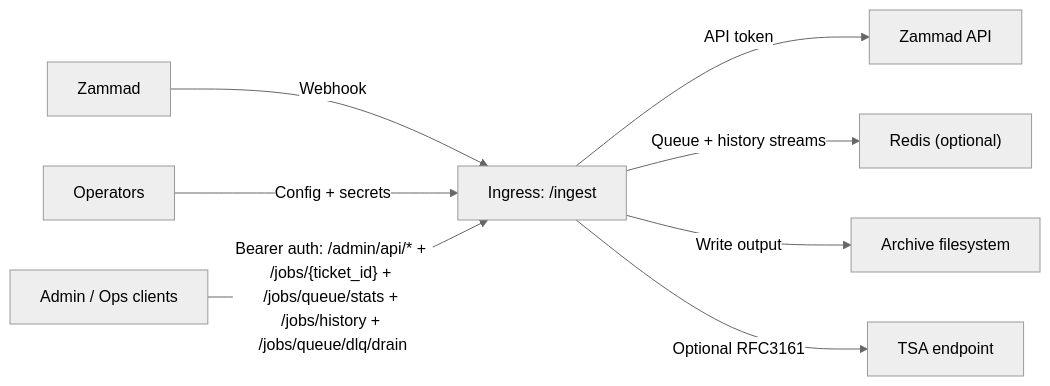
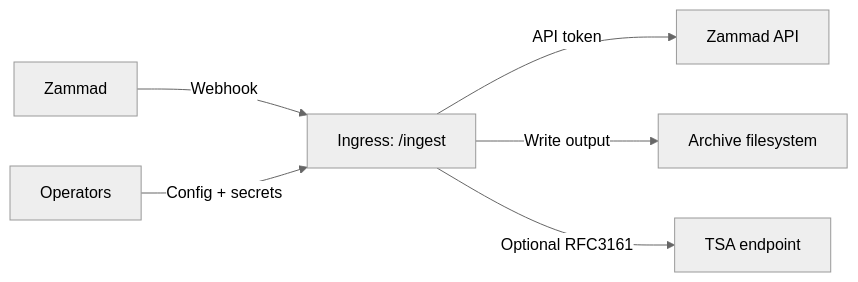
Before and after one commit to sebastianspicker/chronikwerk: the diagram in docs/09-security.md, drawn with Mermaid (neutral theme). The commit also changed other lines of this file and 256 other files, not shown here.

````diff
--- a/docs/09-security.md
+++ b/docs/09-security.md
@@ -7,10 +7,8 @@
 ```mermaid
 flowchart LR
   Z["Zammad"] -->|"Webhook"| I["Ingress: /ingest"]
   OP["Operators"] -->|"Config + secrets"| I
-  A["Admin / Ops clients"] -->|"Bearer auth: /admin/api/* + /jobs/{ticket_id} + /jobs/queue/stats + /jobs/history + /jobs/queue/dlq/drain"| I
   I -->|"API token"| ZA["Zammad API"]
-  I -->|"Queue + history streams"| R["Redis (optional)"]
   I -->|"Write output"| FS["Archive filesystem"]
   I -->|"Optional RFC3161"| TSA["TSA endpoint"]
 ```
````
